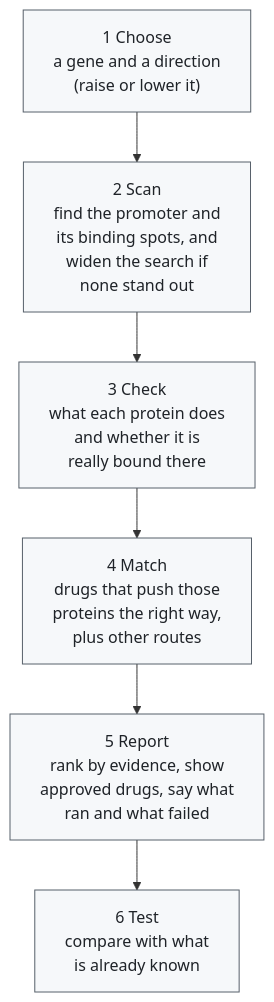
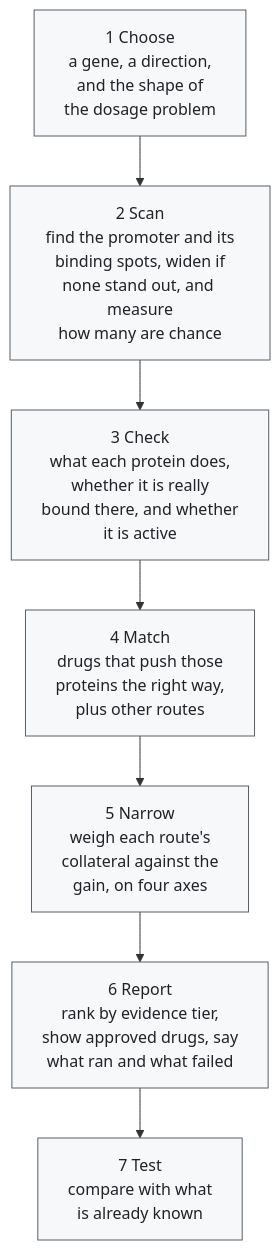
The diagram in README.md (kjmartin44/Martins), drawn with Mermaid before and after one commit. The commit also changed other lines of this file and 35 other files, not shown here.

````diff
--- a/README.md
+++ b/README.md
@@ -17,12 +24,13 @@
 ```mermaid
 flowchart TB
-    A["1 Choose<br/>a gene and a direction<br/>(raise or lower it)"]
-    B["2 Scan<br/>find the promoter and<br/>its binding spots, and<br/>widen the search if<br/>none stand out"]
-    C["3 Check<br/>what each protein does<br/>and whether it is<br/>really bound there"]
+    A["1 Choose<br/>a gene, a direction,<br/>and the shape of<br/>the dosage problem"]
+    B["2 Scan<br/>find the promoter and its<br/>binding spots, widen if<br/>none stand out, and measure<br/>how many are chance"]
+    C["3 Check<br/>what each protein does,<br/>whether it is really<br/>bound there, and whether<br/>it is active"]
     D["4 Match<br/>drugs that push those<br/>proteins the right way,<br/>plus other routes"]
-    E["5 Report<br/>rank by evidence, show<br/>approved drugs, say what<br/>ran and what failed"]
-    F["6 Test<br/>compare with what<br/>is already known"]
-    A --> B --> C --> D --> E --> F
+    E["5 Narrow<br/>weigh each route's<br/>collateral against the<br/>gain, on four axes"]
+    F["6 Report<br/>rank by evidence tier,<br/>show approved drugs, say<br/>what ran and what failed"]
+    G["7 Test<br/>compare with what<br/>is already known"]
+    A --> B --> C --> D --> E --> F --> G
     classDef step fill:#f6f8fa,stroke:#57606a,color:#1f2328
-    class A,B,C,D,E,F step
+    class A,B,C,D,E,F,G step
 ```
````
